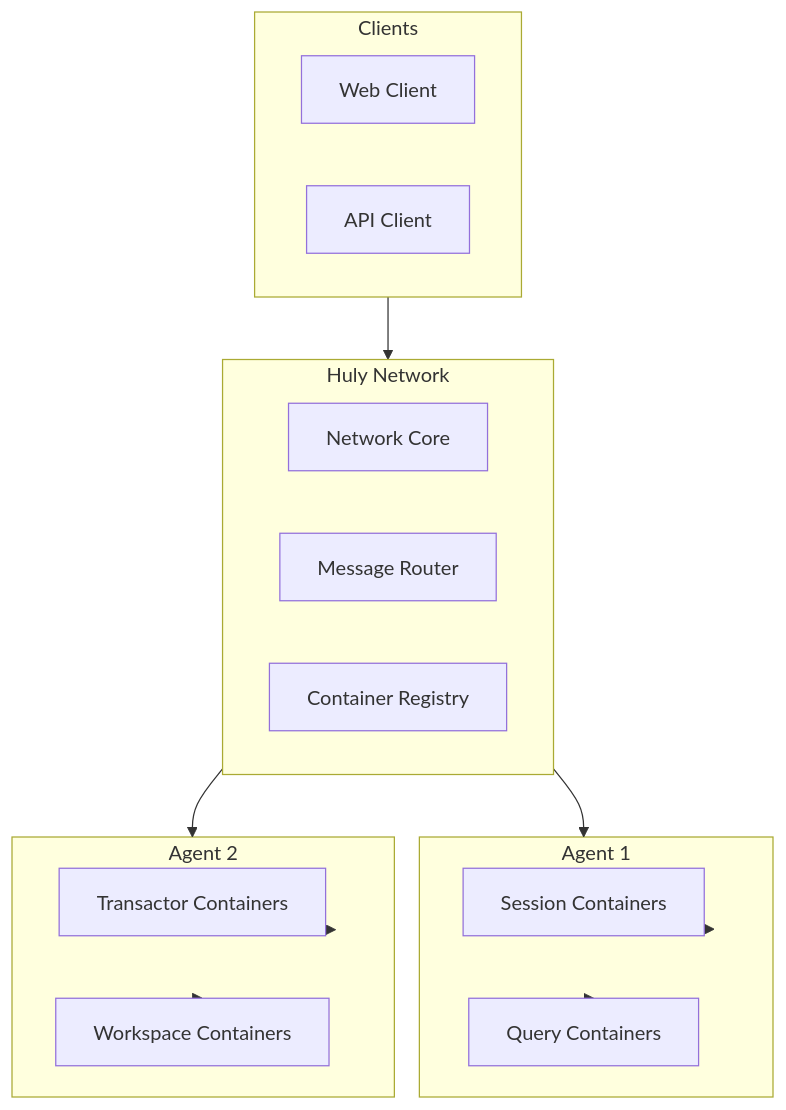
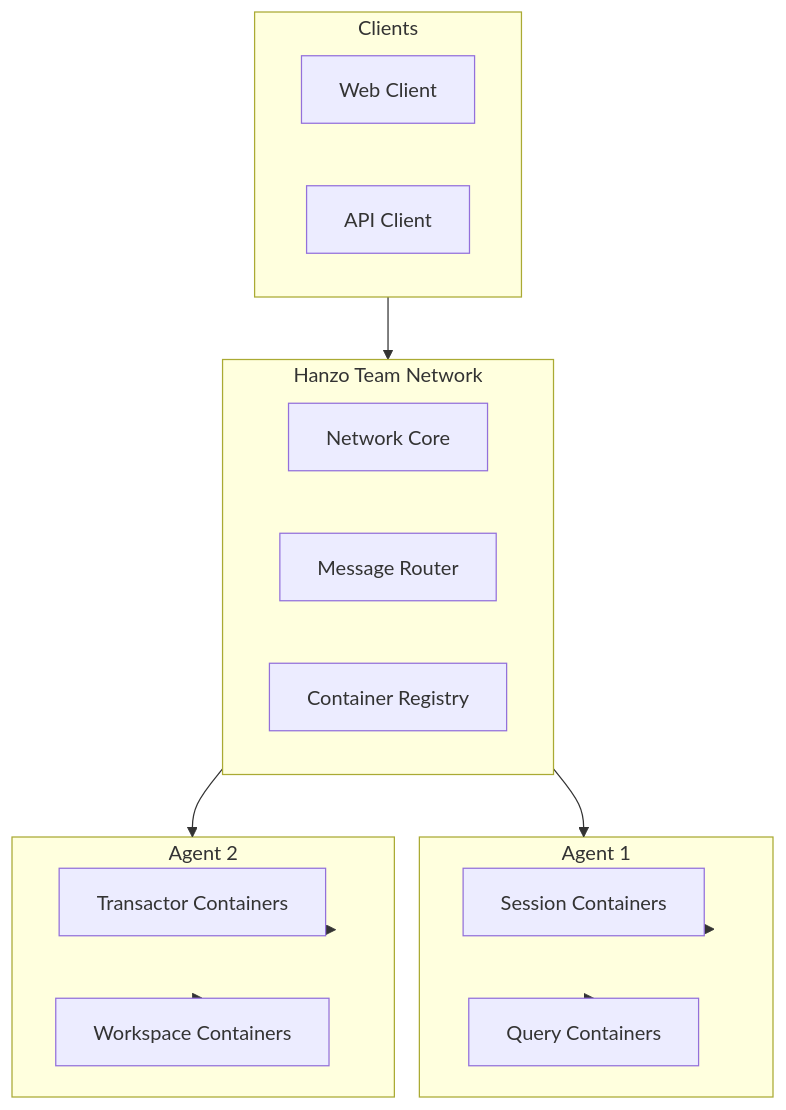
Before and after one commit to hanzoai/team: the second of 2 diagrams in foundations/net/README.md, drawn with Mermaid. The commit also changed other lines of this file and 4563 other files, not shown here.

First line of the commit message:
feat(branding): Complete Huly → Hanzo rebrand across entire codebase

````diff
--- a/foundations/net/README.md
+++ b/foundations/net/README.md
@@ -207,32 +207,32 @@
 ```mermaid
 flowchart TB
-  subgraph Network["Huly Network"]
+  subgraph Network["Hanzo Team Network"]
     NetworkCore["Network Core"]
     Router["Message Router"]
     Registry["Container Registry"]
   end
 
   subgraph Agent1["Agent 1"]
     A1_Session["Session Containers"]
     A1_Query["Query Containers"]
   end
 
   subgraph Agent2["Agent 2"]
     A2_Transactor["Transactor Containers"]
     A2_Workspace["Workspace Containers"]
   end
 
   subgraph Client["Clients"]
     WebClient["Web Client"]
     APIClient["API Client"]
   end
 
   Client --> Network
   Network --> Agent1
   Network --> Agent2
 
   Agent1 --> A1_Session
   Agent1 --> A1_Query
   Agent2 --> A2_Transactor
   Agent2 --> A2_Workspace
 ```
````
